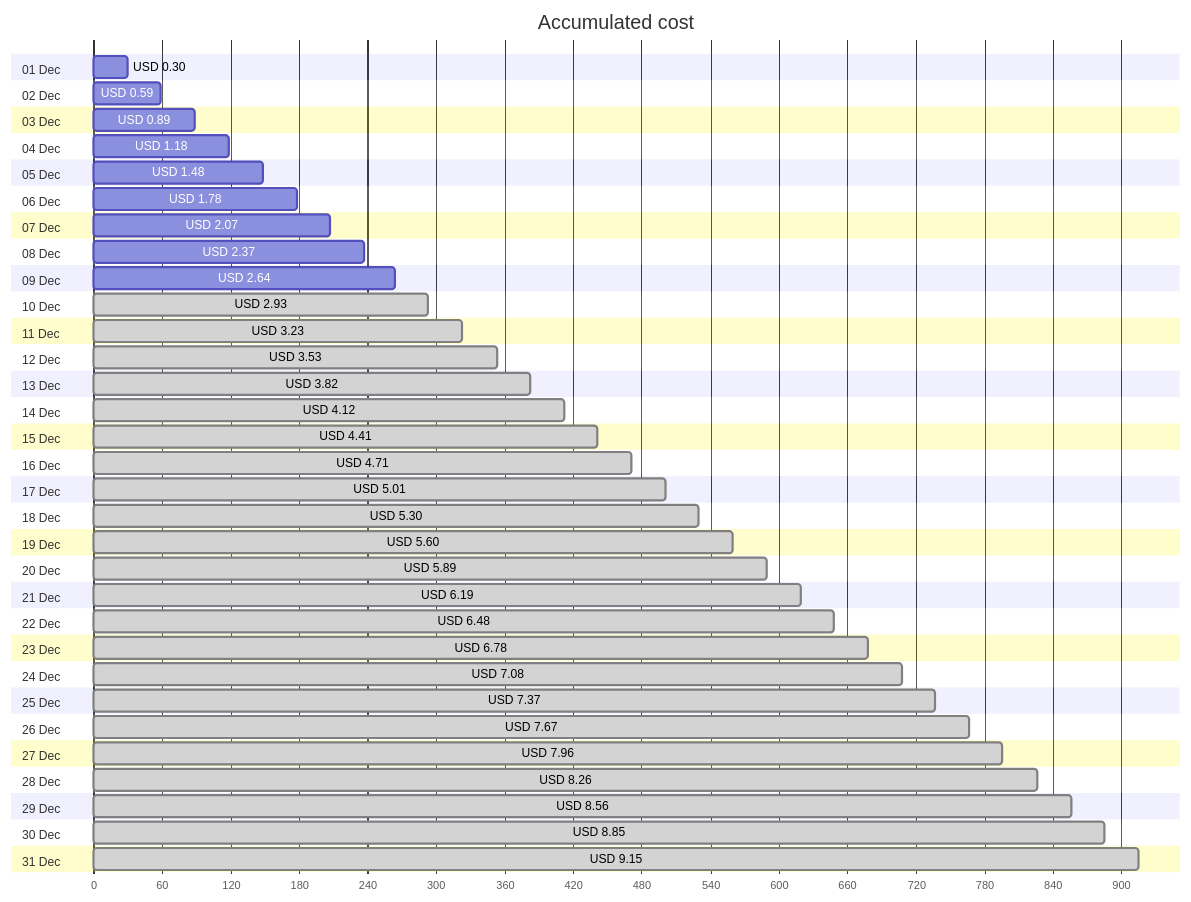
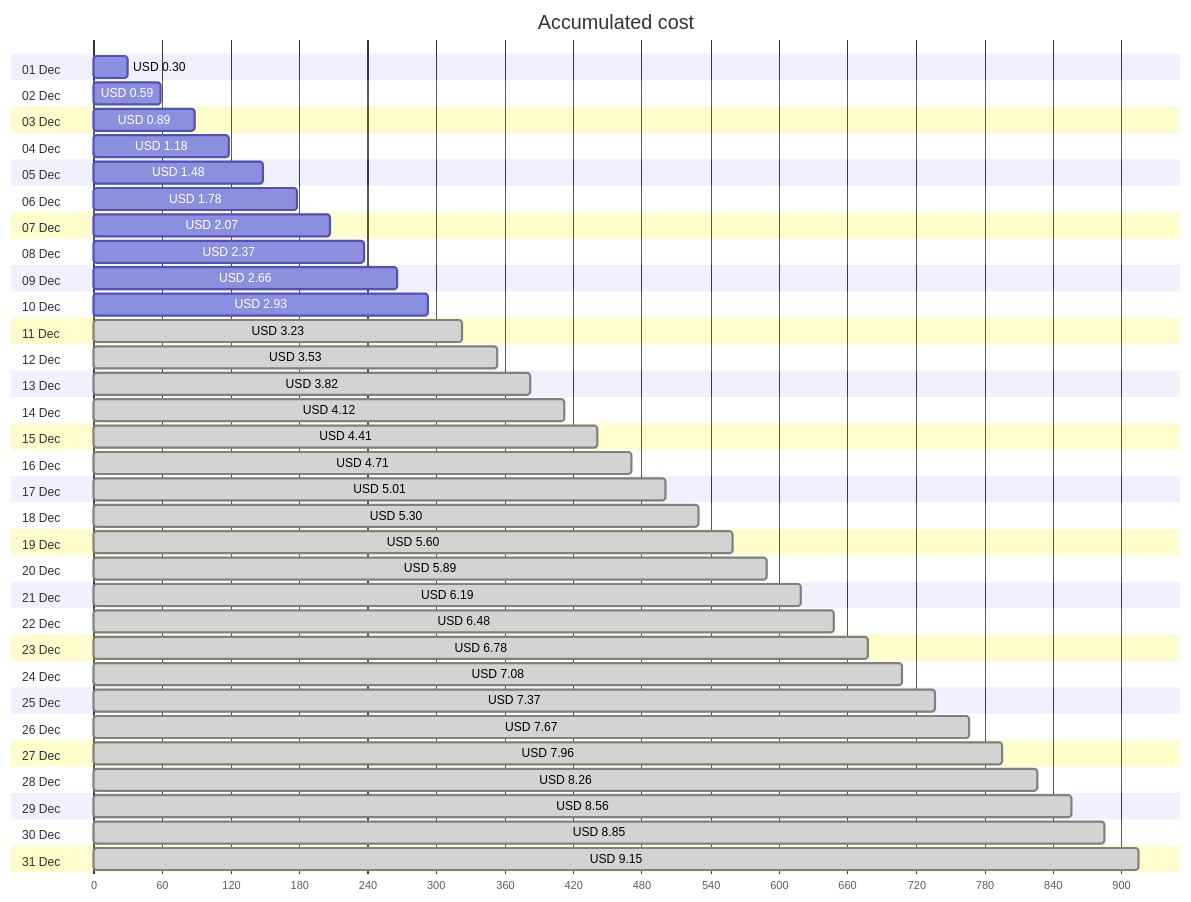
The first of 4 diagrams in cost-reports/personal-site/personal-site.md (jpfulton/azure-personal-reports), drawn with Mermaid before and after one commit. The commit also changed other lines of this file and 6 other files, not shown here.

````diff
--- a/cost-reports/personal-site/personal-site.md
+++ b/cost-reports/personal-site/personal-site.md
@@ -20,68 +20,68 @@
 ```mermaid
 gantt
    title Accumulated cost
    dateFormat  X
    axisFormat %s
    section 01 Dec
    USD 0.30 :0, 30
    section 02 Dec
    USD 0.59 :0, 59
    section 03 Dec
    USD 0.89 :0, 89
    section 04 Dec
    USD 1.18 :0, 118
    section 05 Dec
    USD 1.48 :0, 148
    section 06 Dec
    USD 1.78 :0, 178
    section 07 Dec
    USD 2.07 :0, 207
    section 08 Dec
    USD 2.37 :0, 237
    section 09 Dec
-   USD 2.64 :0, 264
+   USD 2.66 :0, 266
    section 10 Dec
-   USD 2.93 : done, 0, 293
+   USD 2.93 :0, 293
    section 11 Dec
    USD 3.23 : done, 0, 323
    section 12 Dec
    USD 3.53 : done, 0, 353
    section 13 Dec
    USD 3.82 : done, 0, 382
    section 14 Dec
    USD 4.12 : done, 0, 412
    section 15 Dec
    USD 4.41 : done, 0, 441
    section 16 Dec
    USD 4.71 : done, 0, 471
    section 17 Dec
    USD 5.01 : done, 0, 501
    section 18 Dec
    USD 5.30 : done, 0, 530
    section 19 Dec
    USD 5.60 : done, 0, 560
    section 20 Dec
    USD 5.89 : done, 0, 589
    section 21 Dec
    USD 6.19 : done, 0, 619
    section 22 Dec
    USD 6.48 : done, 0, 648
    section 23 Dec
    USD 6.78 : done, 0, 678
    section 24 Dec
    USD 7.08 : done, 0, 708
    section 25 Dec
    USD 7.37 : done, 0, 737
    section 26 Dec
    USD 7.67 : done, 0, 767
    section 27 Dec
    USD 7.96 : done, 0, 796
    section 28 Dec
    USD 8.26 : done, 0, 826
    section 29 Dec
    USD 8.56 : done, 0, 856
    section 30 Dec
    USD 8.85 : done, 0, 885
    section 31 Dec
    USD 9.15 : done, 0, 915
 ```
````
